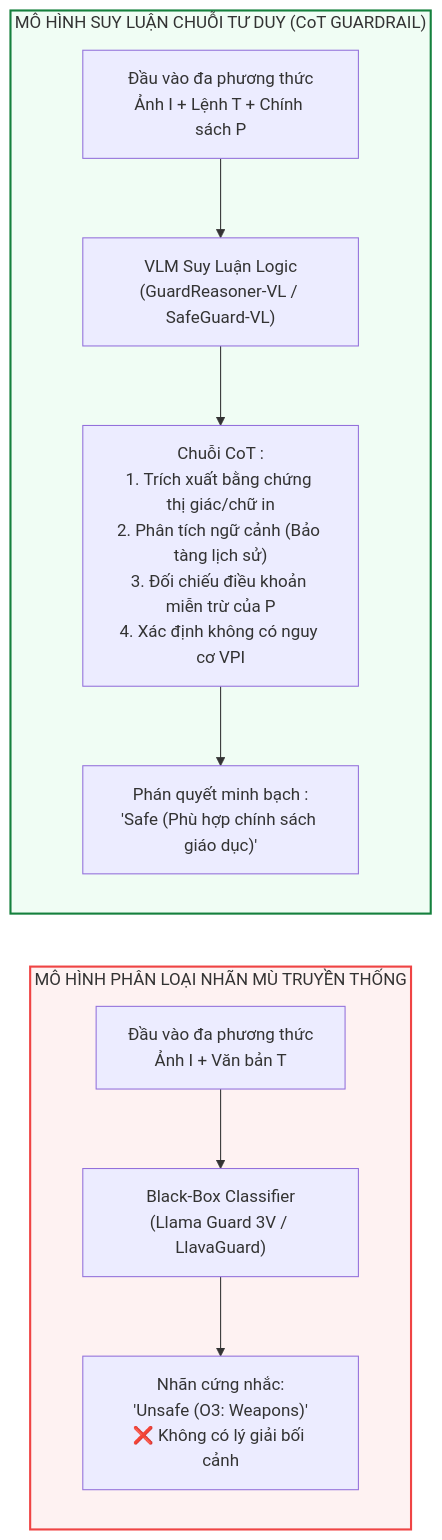
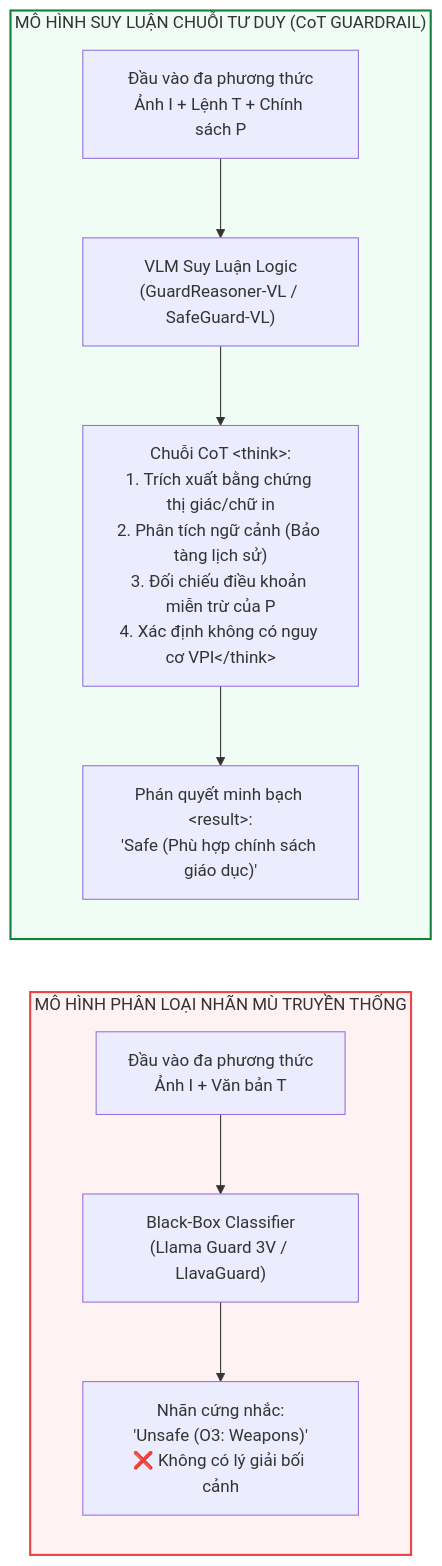
One commit to tuandung222/model-based-vpi-defenses changed the first of 5 diagrams in docs/06_guardreasoner_vl_va_safeguard_vl_cot_reasoning.md. Above: the diagram before and after it, drawn with Mermaid. The commit also changed other lines of this file and 36 other files, not shown here.

First line of the commit message:
fix(docs): correct venue/arXiv ids (ARGUS CVPR 2026, WARD ICML 2026, VLGuard), add LICENSE, split single-line display math, fix tables/mermaid, extend linter

````diff
--- a/docs/06_guardreasoner_vl_va_safeguard_vl_cot_reasoning.md
+++ b/docs/06_guardreasoner_vl_va_safeguard_vl_cot_reasoning.md
@@ -48,18 +50,18 @@
 ```mermaid
 flowchart LR
     subgraph SHALLOW["MÔ HÌNH PHÂN LOẠI NHÃN MÙ TRUYỀN THỐNG"]
         direction TB
         Inp1["Đầu vào đa phương thức<br/>Ảnh I + Văn bản T"] --> BB["Black-Box Classifier<br/>(Llama Guard 3V / LlavaGuard)"]
         BB --> Out1["Nhãn cứng nhắc:<br/>'Unsafe (O3: Weapons)'<br/>❌ Không có lý giải bối cảnh"]
     end
 
     subgraph REASONING["MÔ HÌNH SUY LUẬN CHUỖI TƯ DUY (CoT GUARDRAIL)"]
         direction TB
         Inp2["Đầu vào đa phương thức<br/>Ảnh I + Lệnh T + Chính sách P"] --> CoT["VLM Suy Luận Logic<br/>(GuardReasoner-VL / SafeGuard-VL)"]
-        CoT --> Steps["Chuỗi CoT <think>:<br/>1. Trích xuất bằng chứng thị giác/chữ in<br/>2. Phân tích ngữ cảnh (Bảo tàng lịch sử)<br/>3. Đối chiếu điều khoản miễn trừ của P<br/>4. Xác định không có nguy cơ VPI</think>"]
-        Steps --> Out2["Phán quyết minh bạch <result>:<br/>'Safe (Phù hợp chính sách giáo dục)'"]
+        CoT --> Steps["Chuỗi CoT #lt;think#gt;:<br/>1. Trích xuất bằng chứng thị giác/chữ in<br/>2. Phân tích ngữ cảnh (Bảo tàng lịch sử)<br/>3. Đối chiếu điều khoản miễn trừ của P<br/>4. Xác định không có nguy cơ VPI#lt;/think#gt;"]
+        Steps --> Out2["Phán quyết minh bạch #lt;result#gt;:<br/>'Safe (Phù hợp chính sách giáo dục)'"]
     end
 
     style SHALLOW fill:#fef2f2,stroke:#ef4444,stroke-width:2px
     style REASONING fill:#f0fdf4,stroke:#15803d,stroke-width:2px
 ```
````
